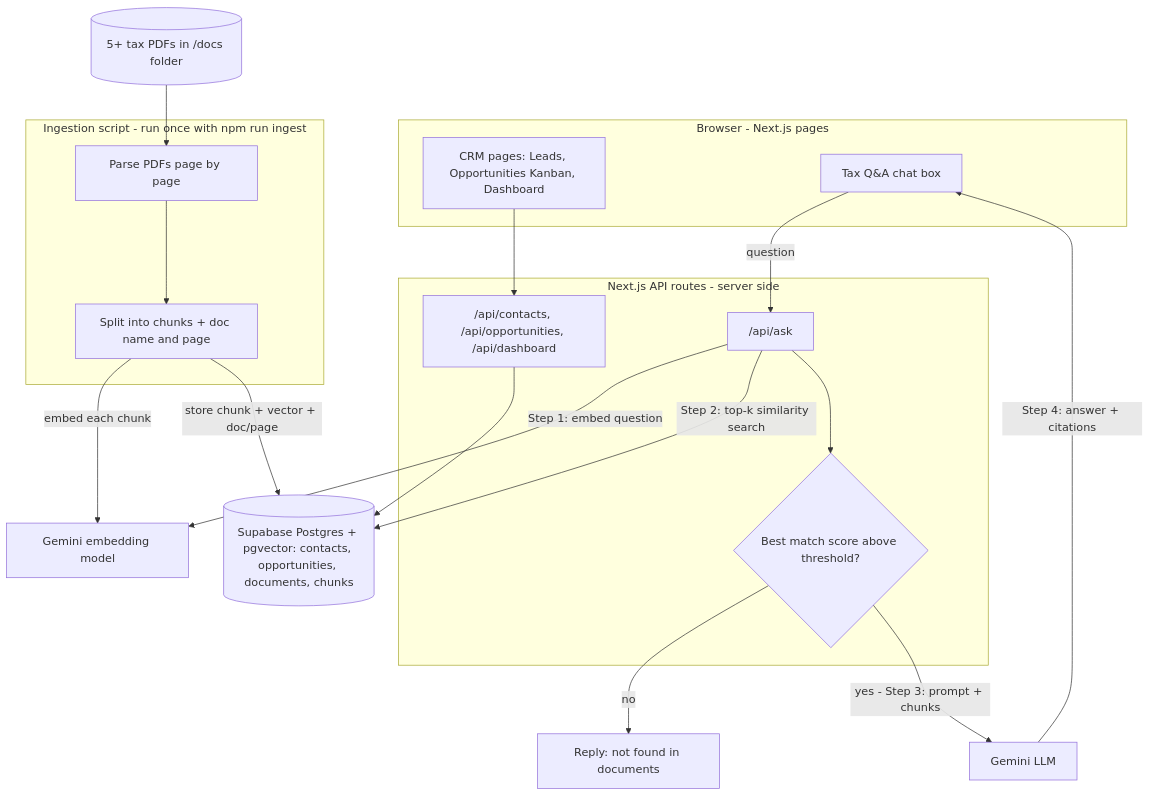
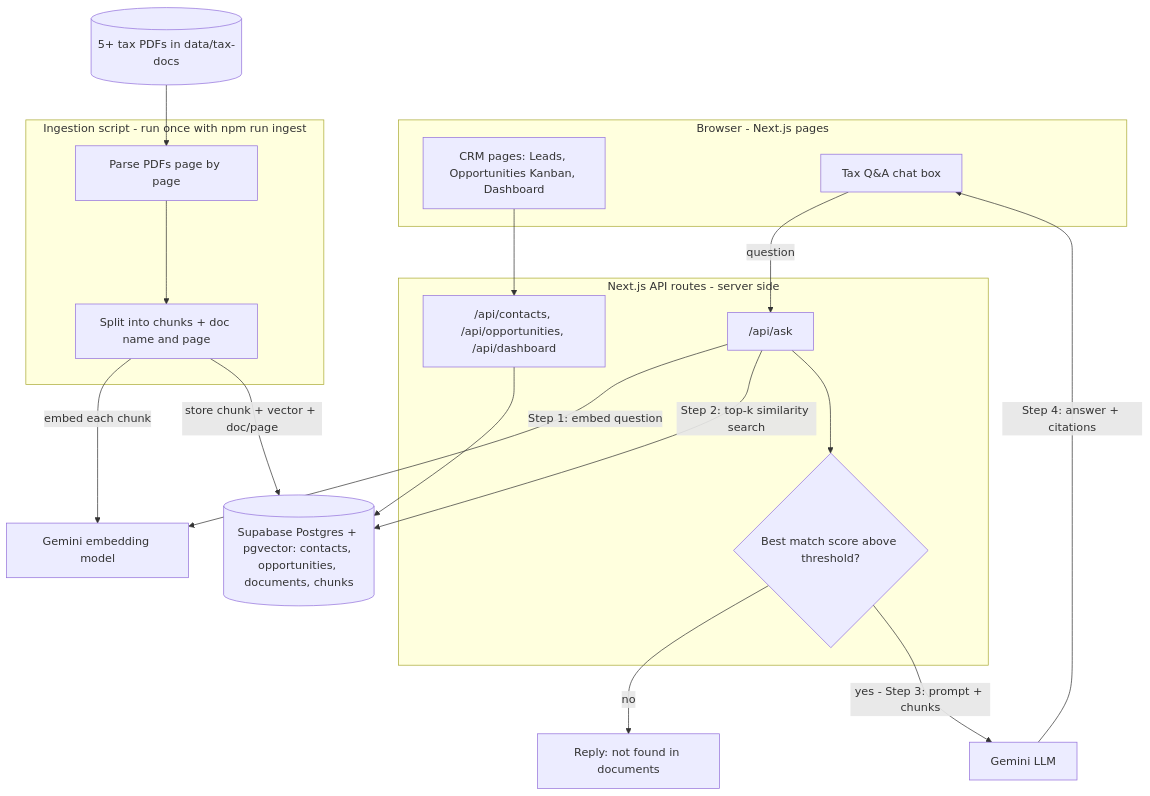
One commit to Serenity318/Case_Study changed the first of 2 diagrams in ARCHITECTURE.md. Above: the diagram before and after it, drawn with Mermaid. The commit also changed other lines of this file and 37 other files, not shown here.

````diff
--- a/ARCHITECTURE.md
+++ b/ARCHITECTURE.md
@@ -2,37 +4,37 @@
 ```mermaid
 flowchart TB
   subgraph Browser["Browser - Next.js pages"]
     CRM["CRM pages: Leads, Opportunities Kanban, Dashboard"]
     Chat["Tax Q&A chat box"]
   end
 
   subgraph Server["Next.js API routes - server side"]
     CRMAPI["/api/contacts, /api/opportunities, /api/dashboard"]
     AskAPI["/api/ask"]
     Guard{"Best match score above threshold?"}
   end
 
   subgraph Ingest["Ingestion script - run once with npm run ingest"]
     Parse["Parse PDFs page by page"]
     Chunk["Split into chunks + doc name and page"]
   end
 
-  PDFs[("5+ tax PDFs in /docs folder")]
+  PDFs[("5+ tax PDFs in data/tax-docs")]
   DB[("Supabase Postgres + pgvector: contacts, opportunities, documents, chunks")]
   Embed["Gemini embedding model"]
   LLM["Gemini LLM"]
 
   CRM --> CRMAPI --> DB
 
   Chat -->|"question"| AskAPI
   AskAPI -->|"Step 1: embed question"| Embed
   AskAPI -->|"Step 2: top-k similarity search"| DB
   AskAPI --> Guard
   Guard -->|"no"| NotFound["Reply: not found in documents"]
   Guard -->|"yes - Step 3: prompt + chunks"| LLM
   LLM -->|"Step 4: answer + citations"| Chat
 
   PDFs --> Parse --> Chunk
   Chunk -->|"embed each chunk"| Embed
   Chunk -->|"store chunk + vector + doc/page"| DB
 ```
````
